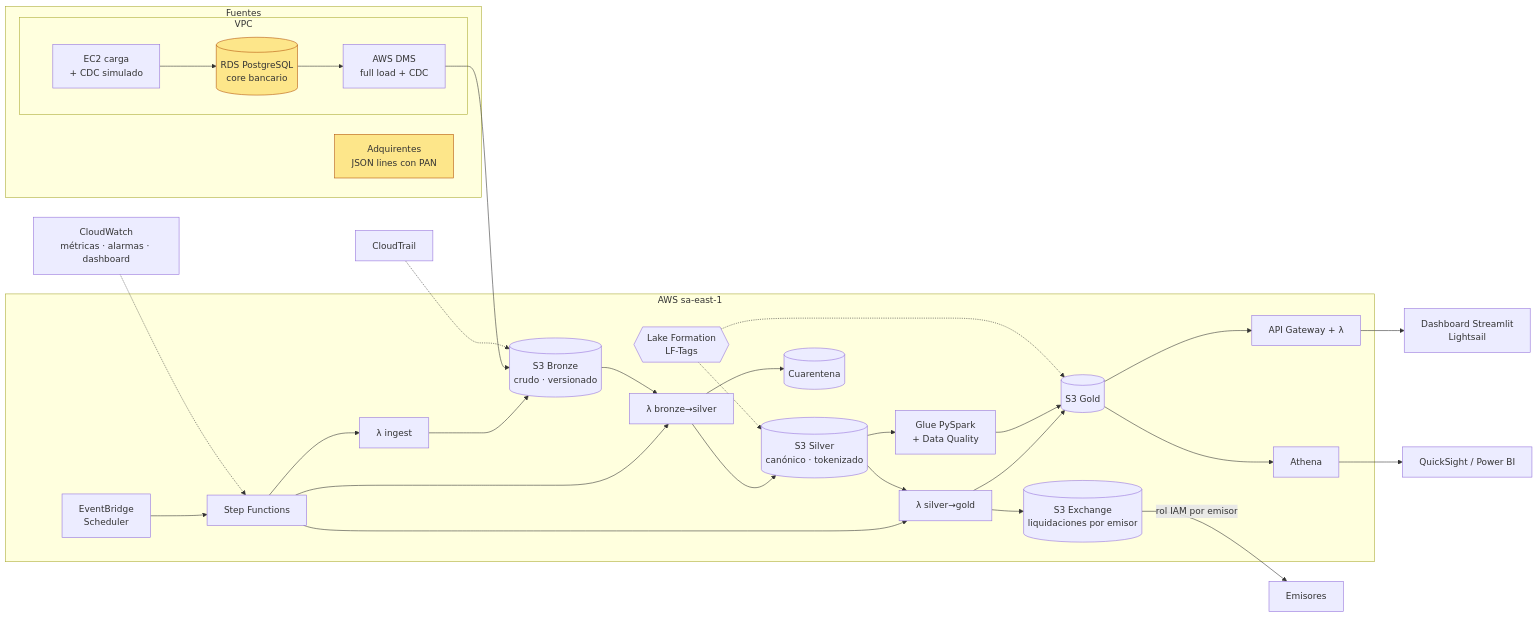
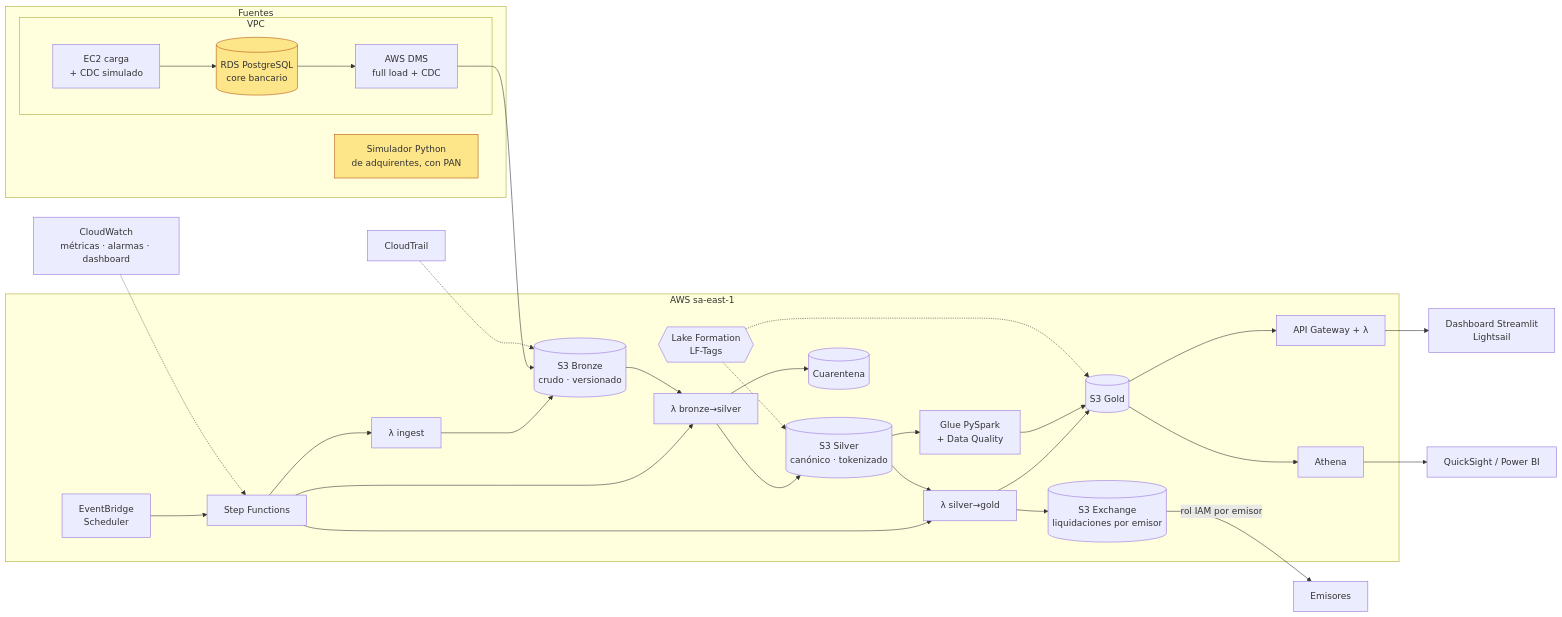
Before and after one commit to SamahJonathan/Mastercard_AWS_deploy: the diagram in README.md, drawn with Mermaid. The commit also changed other lines of this file and 1 other file, not shown here.

First line of the commit message:
README y diagrama: aclara que una fuente es la base ficticia (JSON) y la otra un simulador Python

````diff
--- a/README.md
+++ b/README.md
@@ -72,31 +80,31 @@
 ```mermaid
 flowchart LR
   subgraph Fuentes
-    A[Adquirentes<br/>JSON lines con PAN]:::src
+    A[Simulador Python<br/>de adquirentes, con PAN]:::src
     subgraph VPC
       EC2[EC2 carga<br/>+ CDC simulado] --> RDS[(RDS PostgreSQL<br/>core bancario)]:::src
       DMS[AWS DMS<br/>full load + CDC]
     end
   end
   subgraph Lakehouse["AWS sa-east-1"]
     EB[EventBridge<br/>Scheduler] --> SF[Step Functions]
     SF --> L1[λ ingest] --> B[(S3 Bronze<br/>crudo · versionado)]
     RDS --> DMS --> B
     SF --> L2[λ bronze→silver]
     B --> L2 --> S[(S3 Silver<br/>canónico · tokenizado)]
     L2 --> Q[(Cuarentena)]
     SF --> L3[λ silver→gold]
     S --> L3 --> G[(S3 Gold)]
     S --> GJ[Glue PySpark<br/>+ Data Quality] --> G
     L3 --> X[(S3 Exchange<br/>liquidaciones por emisor)]
     LF{{Lake Formation<br/>LF-Tags}} -.-> S & G
     G --> API[API Gateway + λ]
     G --> AT[Athena]
   end
   X -->|rol IAM por emisor| BANK[Emisores]
   AT --> QS[QuickSight / Power BI]
   API --> DASH[Dashboard Streamlit<br/>Lightsail]
   CT[CloudTrail] -.-> B
   CW[CloudWatch<br/>métricas · alarmas · dashboard] -.-> SF
   classDef src fill:#fde68a,stroke:#b45309
 ```
````
